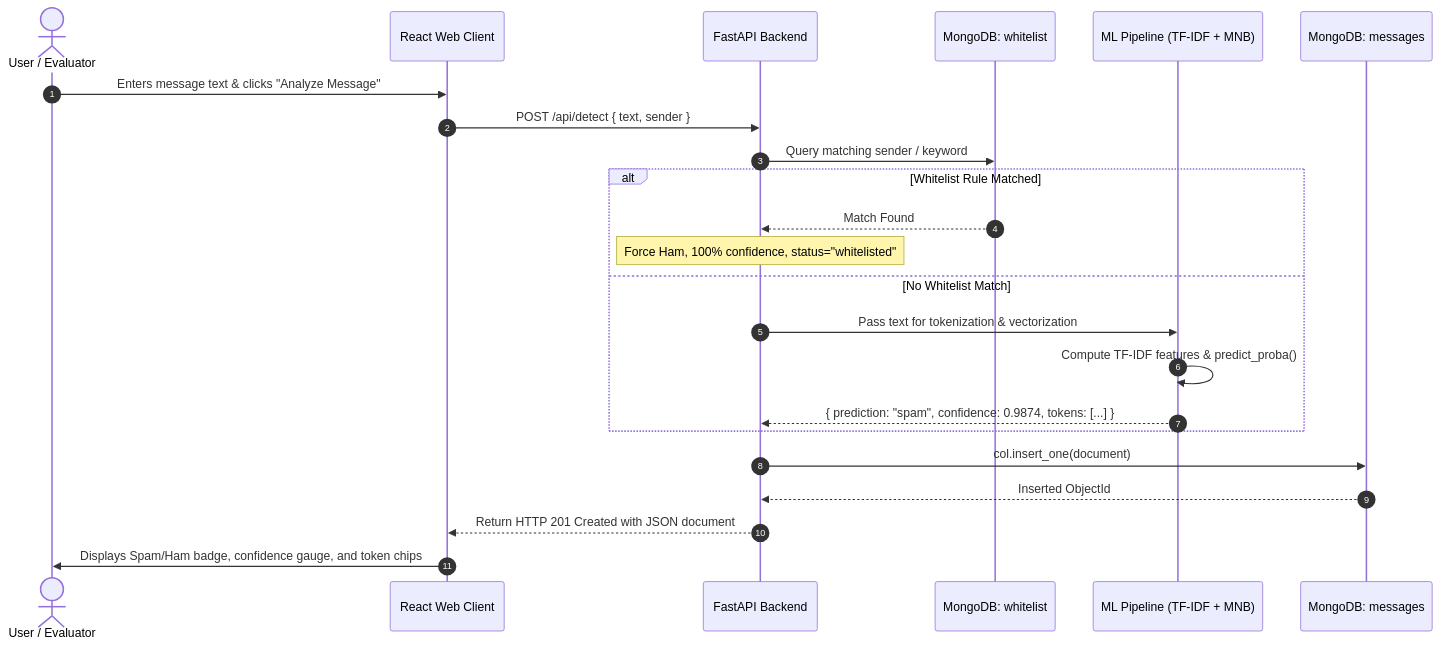
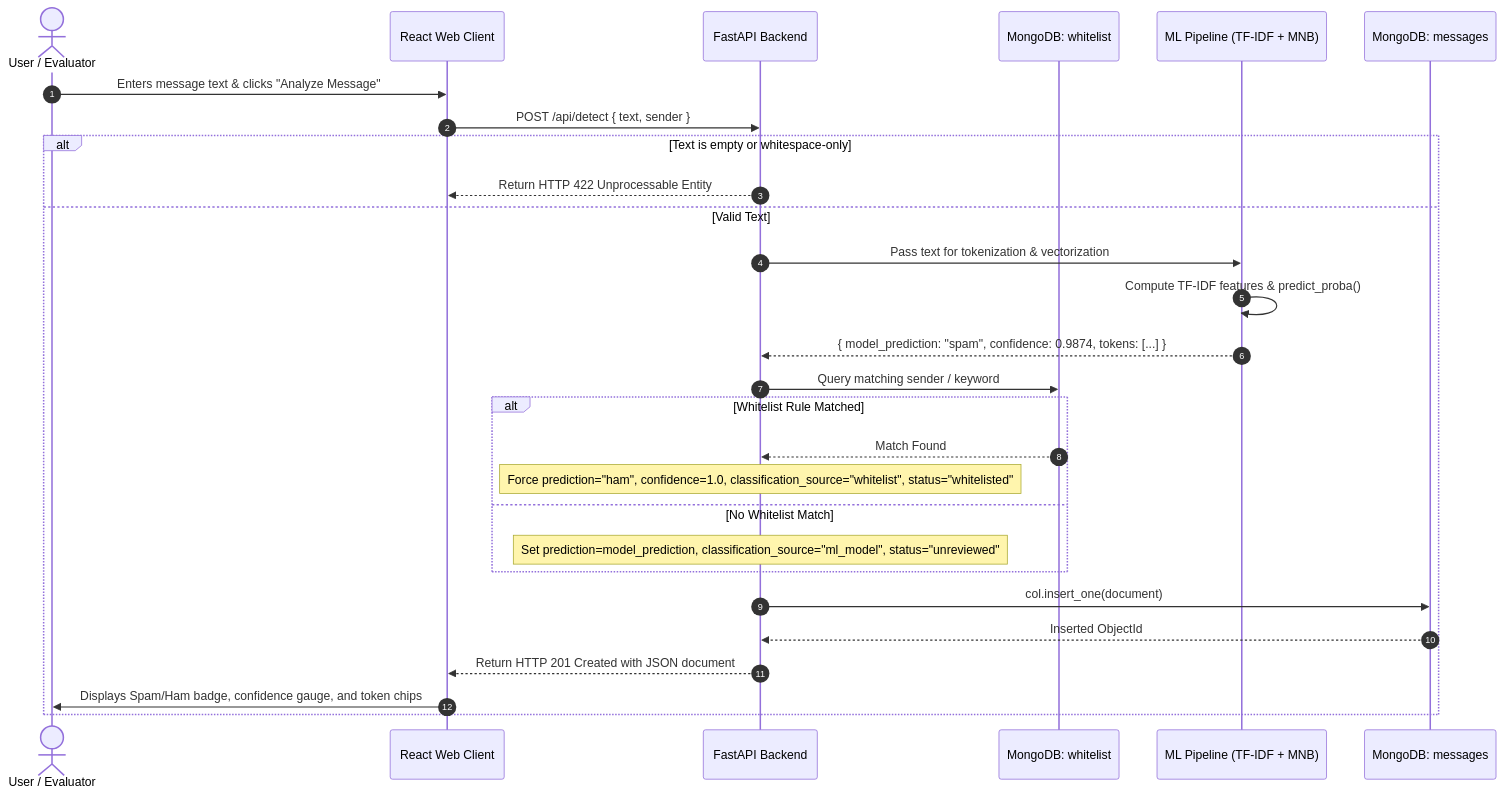
The third of 3 diagrams in project_report/SYSTEM_DESIGN_AND_ARCHITECTURE.md (nilanshukumarsingh/SpamSentinel), drawn with Mermaid before and after one commit. The commit also changed other lines of this file and 16 other files, not shown here.

Commit message:
fix: empty message validation, whitelist transparency, explainability, and documentation audit

````diff
--- a/project_report/SYSTEM_DESIGN_AND_ARCHITECTURE.md
+++ b/project_report/SYSTEM_DESIGN_AND_ARCHITECTURE.md
@@ -136,26 +141,31 @@
 ```mermaid
 sequenceDiagram
     autonumber
     actor User as User / Evaluator
     participant UI as React Web Client
     participant API as FastAPI Backend
     participant Whitelist as MongoDB: whitelist
     participant ML as ML Pipeline (TF-IDF + MNB)
     participant Messages as MongoDB: messages
 
     User->>UI: Enters message text & clicks "Analyze Message"
     UI->>API: POST /api/detect { text, sender }
-    API->>Whitelist: Query matching sender / keyword
-    alt Whitelist Rule Matched
-        Whitelist-->>API: Match Found
-        Note over API: Force Ham, 100% confidence, status="whitelisted"
-    else No Whitelist Match
+    alt Text is empty or whitespace-only
+        API-->>UI: Return HTTP 422 Unprocessable Entity
+    else Valid Text
         API->>ML: Pass text for tokenization & vectorization
         ML->>ML: Compute TF-IDF features & predict_proba()
-        ML-->>API: { prediction: "spam", confidence: 0.9874, tokens: [...] }
+        ML-->>API: { model_prediction: "spam", confidence: 0.9874, tokens: [...] }
+        API->>Whitelist: Query matching sender / keyword
+        alt Whitelist Rule Matched
+            Whitelist-->>API: Match Found
+            Note over API: Force prediction="ham", confidence=1.0, classification_source="whitelist", status="whitelisted"
+        else No Whitelist Match
+            Note over API: Set prediction=model_prediction, classification_source="ml_model", status="unreviewed"
+        end
+        API->>Messages: col.insert_one(document)
+        Messages-->>API: Inserted ObjectId
+        API-->>UI: Return HTTP 201 Created with JSON document
+        UI->>User: Displays Spam/Ham badge, confidence gauge, and token chips
     end
-    API->>Messages: col.insert_one(document)
-    Messages-->>API: Inserted ObjectId
-    API-->>UI: Return HTTP 201 Created with JSON document
-    UI->>User: Displays Spam/Ham badge, confidence gauge, and token chips
 ```
````
